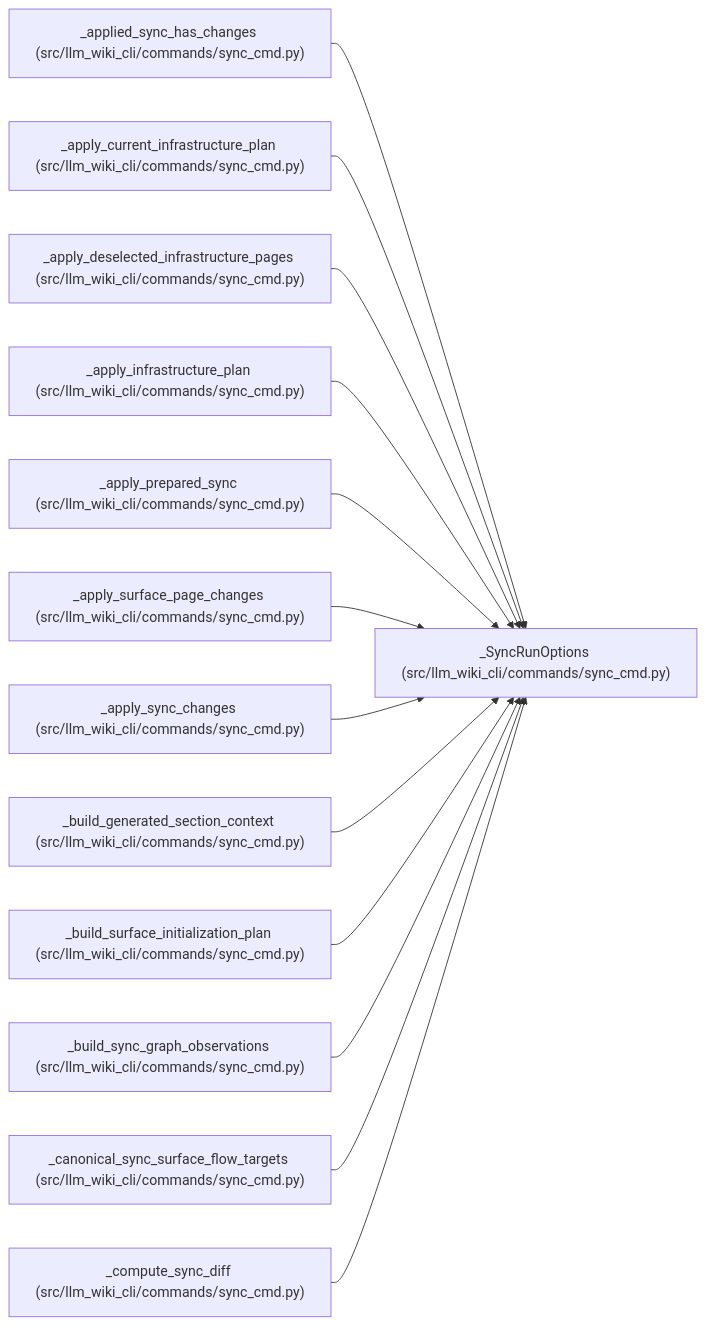
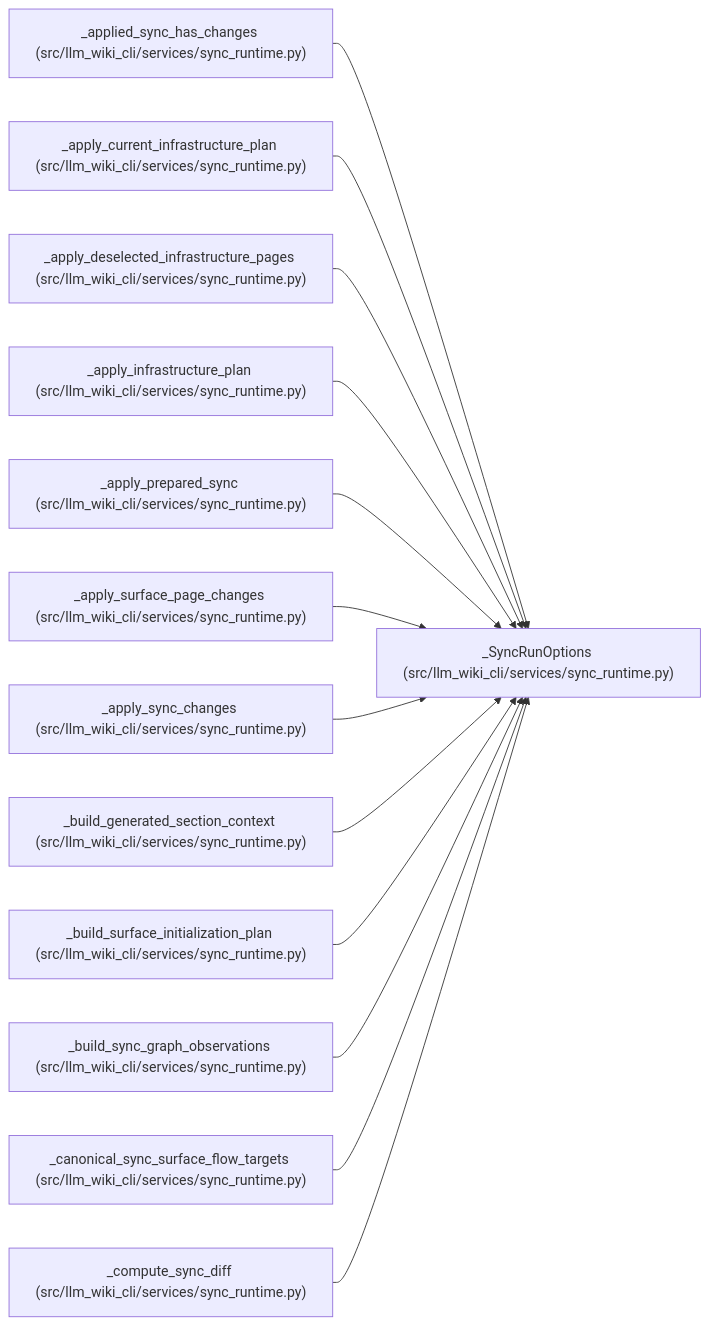
One commit to Denissvgn/python-wiki-llm changed the diagram in docs/llm_wiki/entities/SyncRunOptions.md. Above: the diagram before and after it, drawn with Mermaid. The commit also changed other lines of this file and 1555 other files, not shown here.

````diff
--- a/docs/llm_wiki/entities/SyncRunOptions.md
+++ b/docs/llm_wiki/entities/SyncRunOptions.md
@@ -54,41 +54,41 @@
 ```mermaid
 flowchart LR
-    n0["_SyncRunOptions (src/llm_wiki_cli/commands/sync_cmd.py)"]
-    n1["_applied_sync_has_changes (src/llm_wiki_cli/commands/sync_cmd.py)"]
-    n2["_apply_current_infrastructure_plan (src/llm_wiki_cli/commands/sync_cmd.py)"]
-    n3["_apply_deselected_infrastructure_pages (src/llm_wiki_cli/commands/sync_cmd.py)"]
-    n4["_apply_infrastructure_plan (src/llm_wiki_cli/commands/sync_cmd.py)"]
-    n5["_apply_prepared_sync (src/llm_wiki_cli/commands/sync_cmd.py)"]
-    n6["_apply_surface_page_changes (src/llm_wiki_cli/commands/sync_cmd.py)"]
-    n7["_apply_sync_changes (src/llm_wiki_cli/commands/sync_cmd.py)"]
-    n8["_build_generated_section_context (src/llm_wiki_cli/commands/sync_cmd.py)"]
-    n9["_build_surface_initialization_plan (src/llm_wiki_cli/commands/sync_cmd.py)"]
-    n10["_build_sync_graph_observations (src/llm_wiki_cli/commands/sync_cmd.py)"]
-    n11["_canonical_sync_surface_flow_targets (src/llm_wiki_cli/commands/sync_cmd.py)"]
-    n12["_compute_sync_diff (src/llm_wiki_cli/commands/sync_cmd.py)"]
+    n0["_SyncRunOptions (src/llm_wiki_cli/services/sync_runtime.py)"]
+    n1["_applied_sync_has_changes (src/llm_wiki_cli/services/sync_runtime.py)"]
+    n2["_apply_current_infrastructure_plan (src/llm_wiki_cli/services/sync_runtime.py)"]
+    n3["_apply_deselected_infrastructure_pages (src/llm_wiki_cli/services/sync_runtime.py)"]
+    n4["_apply_infrastructure_plan (src/llm_wiki_cli/services/sync_runtime.py)"]
+    n5["_apply_prepared_sync (src/llm_wiki_cli/services/sync_runtime.py)"]
+    n6["_apply_surface_page_changes (src/llm_wiki_cli/services/sync_runtime.py)"]
+    n7["_apply_sync_changes (src/llm_wiki_cli/services/sync_runtime.py)"]
+    n8["_build_generated_section_context (src/llm_wiki_cli/services/sync_runtime.py)"]
+    n9["_build_surface_initialization_plan (src/llm_wiki_cli/services/sync_runtime.py)"]
+    n10["_build_sync_graph_observations (src/llm_wiki_cli/services/sync_runtime.py)"]
+    n11["_canonical_sync_surface_flow_targets (src/llm_wiki_cli/services/sync_runtime.py)"]
+    n12["_compute_sync_diff (src/llm_wiki_cli/services/sync_runtime.py)"]
     n1 --> n0
     n2 --> n0
     n3 --> n0
     n4 --> n0
     n5 --> n0
     n6 --> n0
     n7 --> n0
     n8 --> n0
     n9 --> n0
     n10 --> n0
     n11 --> n0
     n12 --> n0
-    click n0 "../modules/sync_cmd.md"
-    click n1 "../modules/sync_cmd.md"
-    click n2 "../modules/sync_cmd.md"
-    click n3 "../modules/sync_cmd.md"
-    click n4 "../modules/sync_cmd.md"
-    click n5 "../modules/sync_cmd.md"
-    click n6 "../modules/sync_cmd.md"
-    click n7 "../modules/sync_cmd.md"
-    click n8 "../modules/sync_cmd.md"
-    click n9 "../modules/sync_cmd.md"
-    click n10 "../modules/sync_cmd.md"
-    click n11 "../modules/sync_cmd.md"
-    click n12 "../modules/sync_cmd.md"
+    click n0 "../modules/sync_runtime.md"
+    click n1 "../modules/sync_runtime.md"
+    click n2 "../modules/sync_runtime.md"
+    click n3 "../modules/sync_runtime.md"
+    click n4 "../modules/sync_runtime.md"
+    click n5 "../modules/sync_runtime.md"
+    click n6 "../modules/sync_runtime.md"
+    click n7 "../modules/sync_runtime.md"
+    click n8 "../modules/sync_runtime.md"
+    click n9 "../modules/sync_runtime.md"
+    click n10 "../modules/sync_runtime.md"
+    click n11 "../modules/sync_runtime.md"
+    click n12 "../modules/sync_runtime.md"
 ```
````
